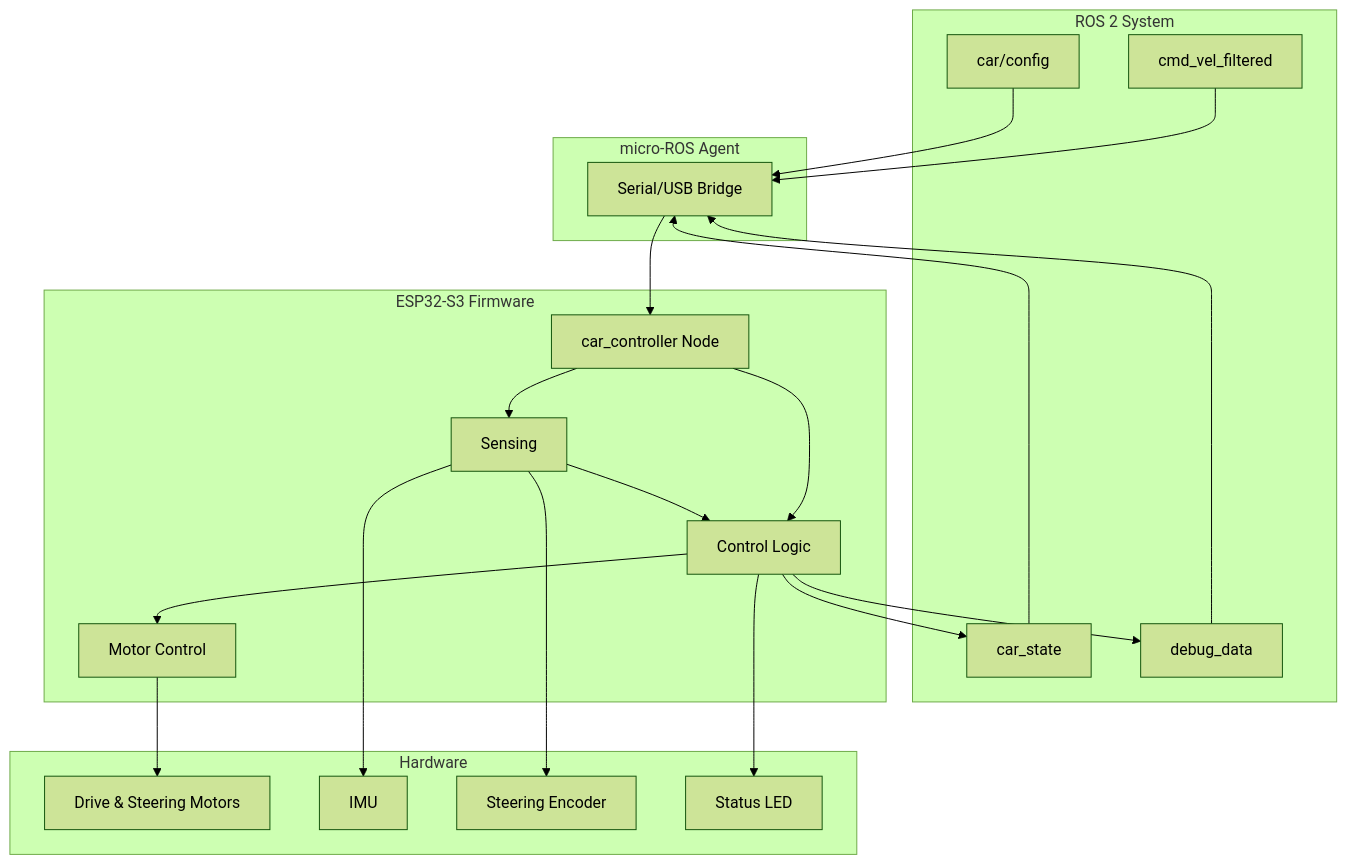
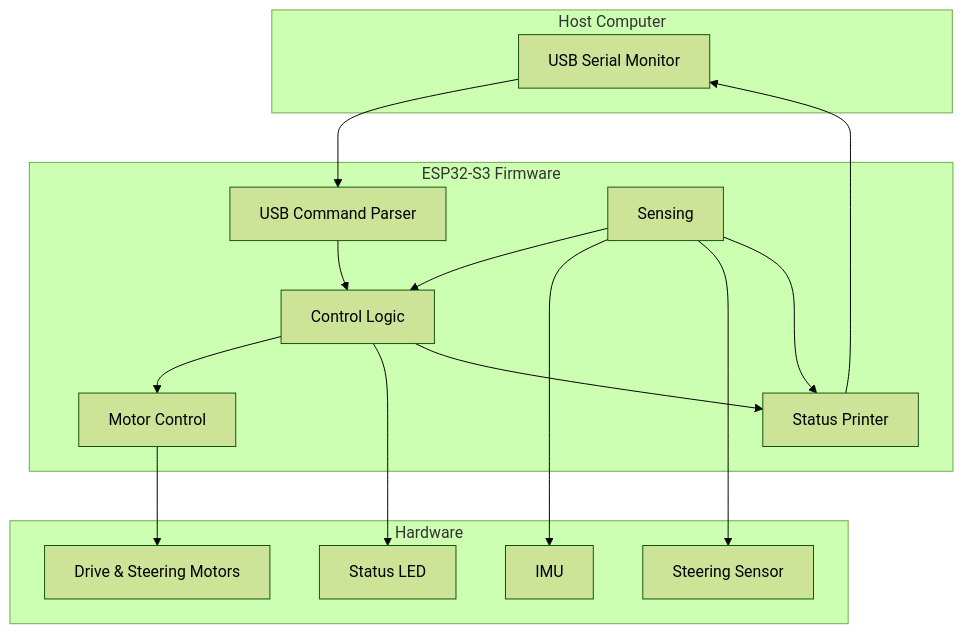
The diagram in micro-controller-firmware/README.md (neaeraconsulting/cda1tenth-hardware), drawn with Mermaid (forest theme) before and after one commit. The commit also changed other lines of this file and 14 other files, not shown here.

````diff
--- a/micro-controller-firmware/README.md
+++ b/micro-controller-firmware/README.md
@@ -196,54 +114,34 @@
 ```mermaid
 graph TB
 
-subgraph ROS["ROS 2 System"]
-    CMD[cmd_vel_filtered]
-    CONFIG[car/config]
-    STATE[car_state]
-    DEBUG[debug_data]
-end
-
-subgraph AGENT["micro-ROS Agent"]
-    BRIDGE[Serial/USB Bridge]
+subgraph HOST["Host Computer"]
+    USB[USB Serial Monitor]
 end
 
 subgraph FW["ESP32-S3 Firmware"]
-    NODE[car_controller Node]
+    CMD[USB Command Parser]
     CONTROL[Control Logic]
     SENSORS[Sensing]
     MOTORCTRL[Motor Control]
+    STATUS[Status Printer]
 end
 
 subgraph HW["Hardware"]
     MOTORS[Drive & Steering Motors]
     IMU[IMU]
-    ENC[Steering Encoder]
+    ENC[Steering Sensor]
     LED[Status LED]
 end
 
-%% ROS2 topics to micro-ROS Agent
-CMD --> BRIDGE
-CONFIG --> BRIDGE
-
-%% Agent to Firmware
-BRIDGE --> NODE
-
-%% Main data flow inside firmware
-NODE --> CONTROL
-NODE --> SENSORS
-
+USB --> CMD
+CMD --> CONTROL
 SENSORS --> CONTROL
 CONTROL --> MOTORCTRL
-
-%% Firmware to hardware
 MOTORCTRL --> MOTORS
 SENSORS --> IMU
 SENSORS --> ENC
 CONTROL --> LED
-
-%% Firmware publishes back to ROS 2
-CONTROL --> STATE
-CONTROL --> DEBUG
-STATE --> BRIDGE
-DEBUG --> BRIDGE
+SENSORS --> STATUS
+CONTROL --> STATUS
+STATUS --> USB
 ```
````
